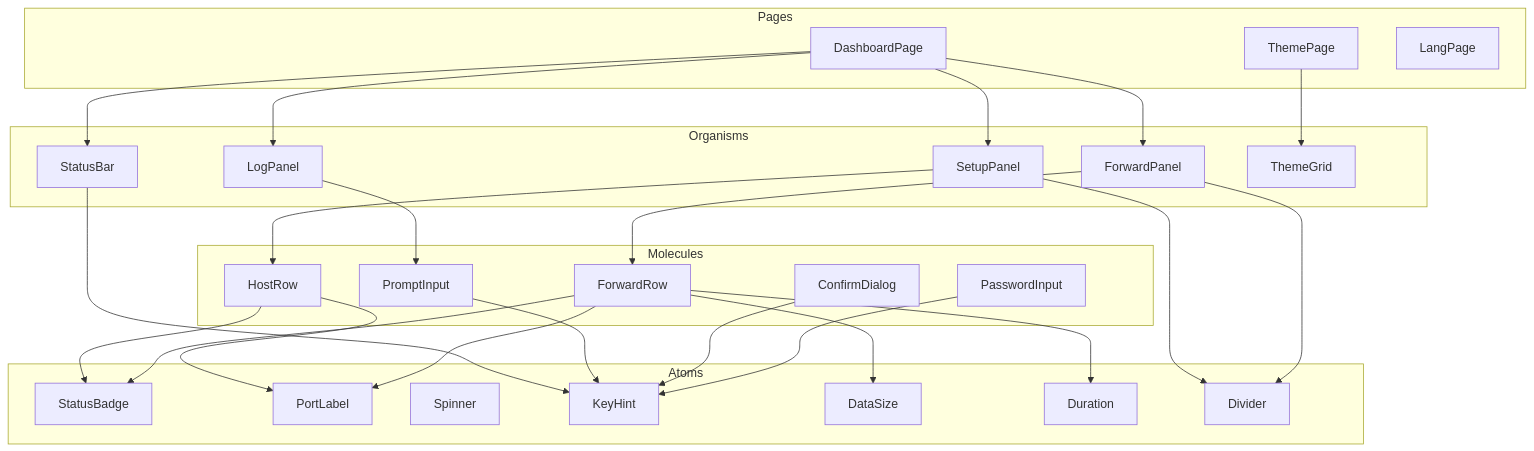
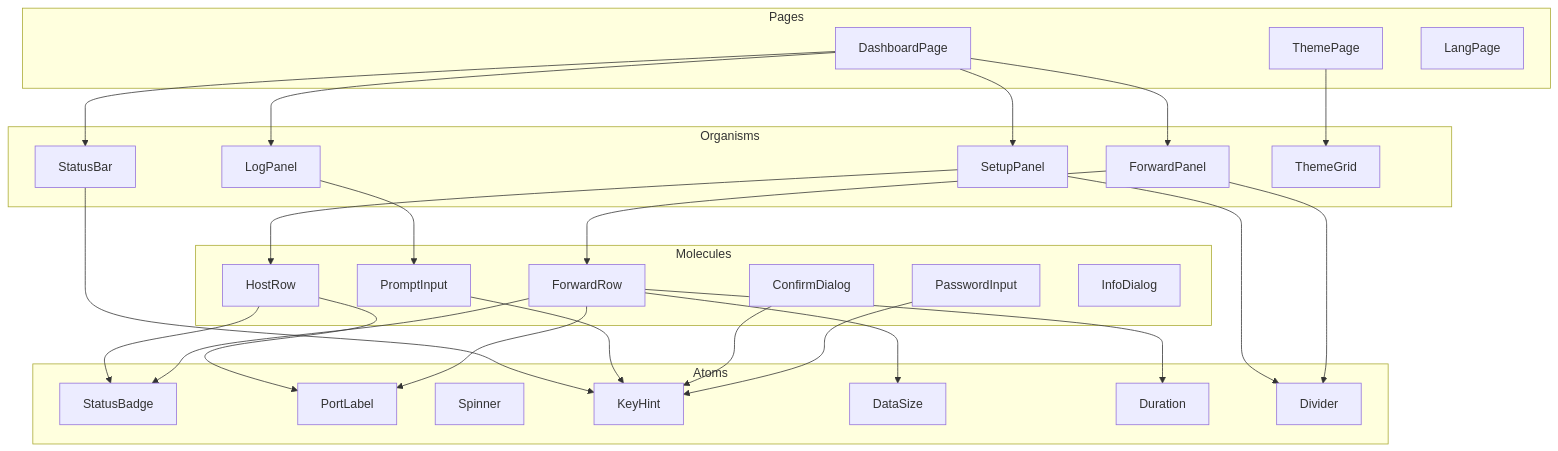
The seventh of 21 diagrams in docs/architecture/overview.md (ousiassllc/MolePort), drawn with Mermaid before and after one commit. The commit also changed other lines of this file and 4 other files, not shown here.

````diff
--- a/docs/architecture/overview.md
+++ b/docs/architecture/overview.md
@@ -304,58 +304,59 @@
 ```mermaid
 graph TD
     subgraph Pages
         Dashboard["DashboardPage"]
         ThemePage["ThemePage"]
         LangPage["LangPage"]
     end
 
     subgraph Organisms
         SP["SetupPanel"]
         FP["ForwardPanel"]
         LP["LogPanel"]
         SB["StatusBar"]
         TG["ThemeGrid"]
     end
 
     subgraph Molecules
         HR["HostRow"]
         FR["ForwardRow"]
         PI["PromptInput"]
         CD["ConfirmDialog"]
         PW["PasswordInput"]
+        ID["InfoDialog"]
     end
 
     subgraph Atoms
         Badge["StatusBadge"]
         Port["PortLabel"]
         Spin["Spinner"]
         Key["KeyHint"]
         DS["DataSize"]
         Dur["Duration"]
         Div["Divider"]
     end
 
     Dashboard --> SP
     Dashboard --> FP
     Dashboard --> LP
     Dashboard --> SB
 
     ThemePage --> TG
 
     SP --> HR
     SP --> Div
     FP --> FR
     FP --> Div
     LP --> PI
     SB --> Key
 
     HR --> Badge
     HR --> Port
     FR --> Port
     FR --> Badge
     FR --> Dur
     FR --> DS
     PI --> Key
     CD --> Key
     PW --> Key
 ```
````
